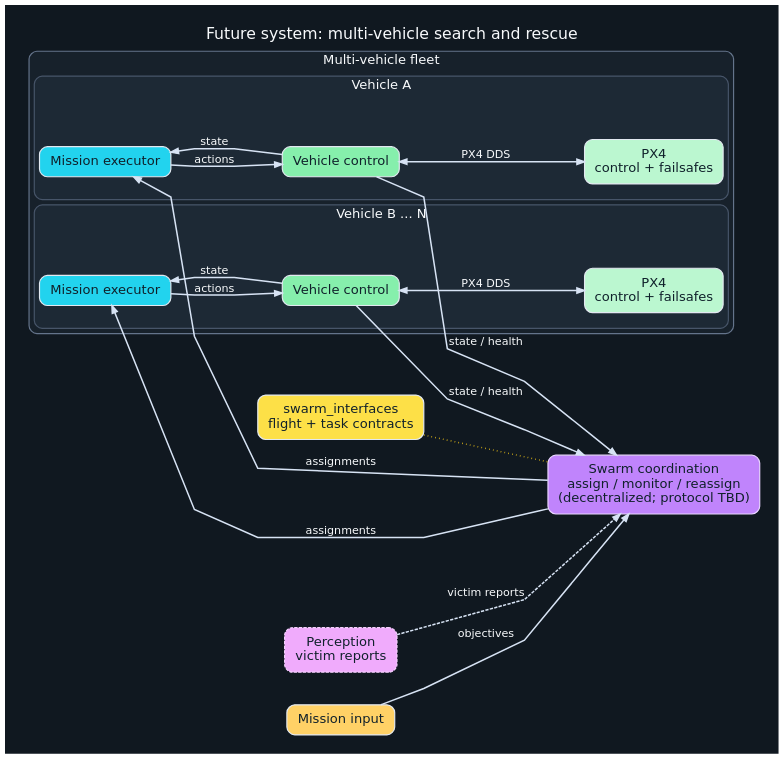
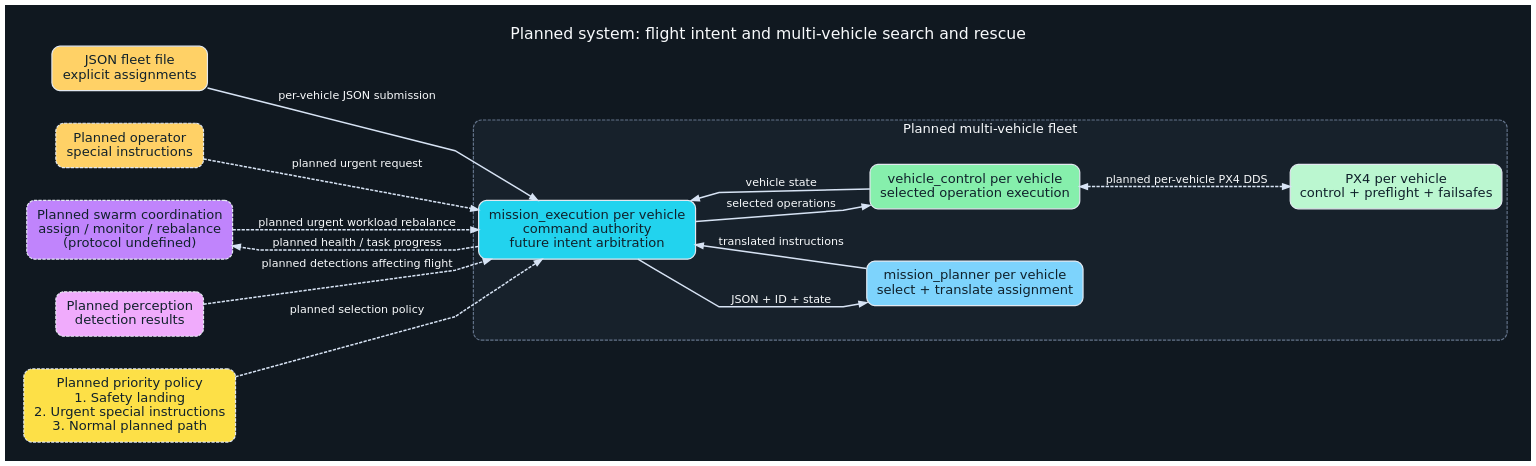
The diagram in docs/architecture/future-system.dot (VIP-FLIE/DroneSwarming), drawn with Graphviz before and after one commit. The commit also changed 96 other files, not shown here.

```diff
--- a/docs/architecture/future-system.dot
+++ b/docs/architecture/future-system.dot
@@ -1,89 +1,71 @@
 digraph FutureSystem {
   graph [
     bgcolor="#101820",
     fontcolor="#f8fafc",
     fontname="DejaVu Sans",
     fontsize=24,
-    label="Future system: multi-vehicle search and rescue",
+    label="Planned system: flight intent and multi-vehicle search and rescue",
     labelloc=t,
     pad=0.4,
     rankdir=LR,
     ranksep=1.0,
     nodesep=0.7,
     splines=polyline
   ];
   node [
     color="#e2e8f0",
     fontcolor="#10212b",
     fontname="DejaVu Sans",
     fontsize=20,
     margin="0.24,0.16",
     penwidth=1.8,
     shape=box,
     style="rounded,filled"
   ];
   edge [
     color="#d7e3f4",
     fontcolor="#f8fafc",
     fontname="DejaVu Sans",
     fontsize=17,
     penwidth=2.3,
     arrowsize=1.15
   ];
 
-  operator [label="Mission input", fillcolor="#ffd166"];
+  plan_file [label="JSON fleet file\nexplicit assignments", fillcolor="#ffd166"];
+  operator [label="Planned operator\nspecial instructions", fillcolor="#ffd166", style="rounded,dashed,filled"];
   coordination [
-    label="Swarm coordination\nassign / monitor / reassign\n(decentralized; protocol TBD)",
+    label="Planned swarm coordination\nassign / monitor / rebalance\n(protocol undefined)",
     fillcolor="#c084fc",
-    color="#e9d5ff"
+    style="rounded,dashed,filled"
   ];
-  perception [label="Perception\nvictim reports", fillcolor="#f0abfc", color="#f5d0fe", style="rounded,dashed,filled"];
-  contracts [label="swarm_interfaces\nflight + task contracts", fillcolor="#fde047"];
+  perception [label="Planned perception\ndetection results", fillcolor="#f0abfc", style="rounded,dashed,filled"];
+  priority [label="Planned priority policy\n1. Safety landing\n2. Urgent special instructions\n3. Normal planned path", fillcolor="#fde047", style="rounded,dashed,filled"];
 
   subgraph cluster_fleet {
-    label="Multi-vehicle fleet";
+    label="Planned multi-vehicle fleet";
     color="#64748b";
     fillcolor="#17212b";
     fontcolor="#f8fafc";
     fontname="DejaVu Sans";
     fontsize=20;
     penwidth=1.8;
-    style="rounded,filled";
+    style="rounded,dashed,filled";
 
-    subgraph cluster_vehicle_a {
-      label="Vehicle A";
-      color="#475569";
-      fillcolor="#1d2935";
-      fontcolor="#f8fafc";
-      style="rounded,filled";
-      mission_a [label="Mission executor", fillcolor="#22d3ee"];
-      control_a [label="Vehicle control", fillcolor="#86efac"];
-      px4_a [label="PX4\ncontrol + failsafes", fillcolor="#bbf7d0"];
-      mission_a -> control_a [label="actions"];
-      control_a -> mission_a [label="state"];
-      control_a -> px4_a [dir=both, label="PX4 DDS"];
-    }
-
-    subgraph cluster_vehicle_b {
-      label="Vehicle B ... N";
-      color="#475569";
-      fillcolor="#1d2935";
-      fontcolor="#f8fafc";
-      style="rounded,filled";
-      mission_b [label="Mission executor", fillcolor="#22d3ee"];
-      control_b [label="Vehicle control", fillcolor="#86efac"];
-      px4_b [label="PX4\ncontrol + failsafes", fillcolor="#bbf7d0"];
-      mission_b -> control_b [label="actions"];
-      control_b -> mission_b [label="state"];
-      control_b -> px4_b [dir=both, label="PX4 DDS"];
-    }
+    mission [label="mission_execution per vehicle\ncommand authority\nfuture intent arbitration", fillcolor="#22d3ee"];
+    planner [label="mission_planner per vehicle\nselect + translate assignment", fillcolor="#7dd3fc"];
+    control [label="vehicle_control per vehicle\nselected operation execution", fillcolor="#86efac"];
+    px4 [label="PX4 per vehicle\ncontrol + preflight + failsafes", fillcolor="#bbf7d0"];
+    mission -> control [label="selected operations"];
+    control -> mission [label="vehicle state"];
+    control -> px4 [dir=both, label="planned per-vehicle PX4 DDS", style=dashed];
   }
 
-  operator -> coordination [label="objectives"];
-  coordination -> mission_a [label="assignments"];
-  coordination -> mission_b [label="assignments"];
-  control_a -> coordination [label="state / health"];
-  control_b -> coordination [label="state / health"];
-  perception -> coordination [label="victim reports", style=dashed];
-  contracts -> coordination [style=dotted, dir=none, color="#facc15"];
+  plan_file -> mission [label="per-vehicle JSON submission"];
+  mission -> planner [label="JSON + ID + state"];
+  planner -> mission [label="translated instructions"];
+  coordination -> mission [label="planned urgent workload rebalance", style=dashed];
+  operator -> mission [label="planned urgent request", style=dashed];
+  perception -> mission [label="planned detections affecting flight", style=dashed];
+  mission -> coordination [label="planned health / task progress", style=dashed];
+  priority -> mission [label="planned selection policy", style=dashed];
 }
```
